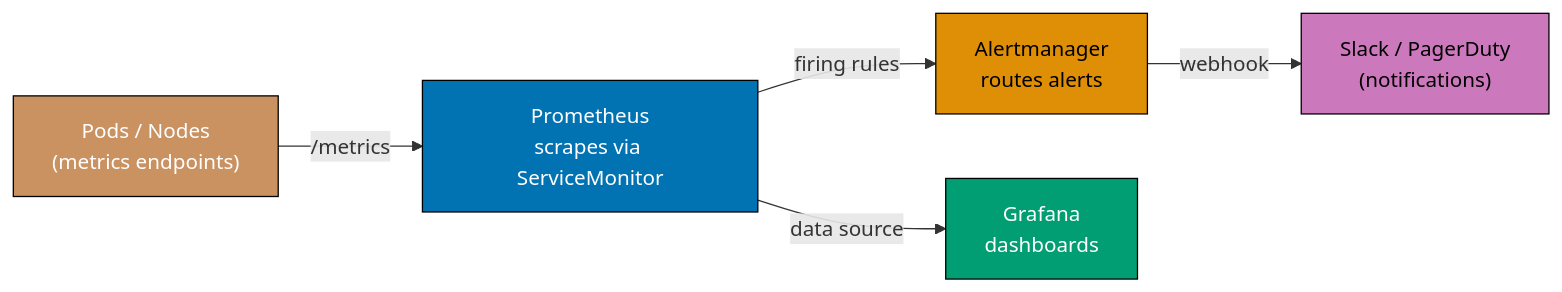
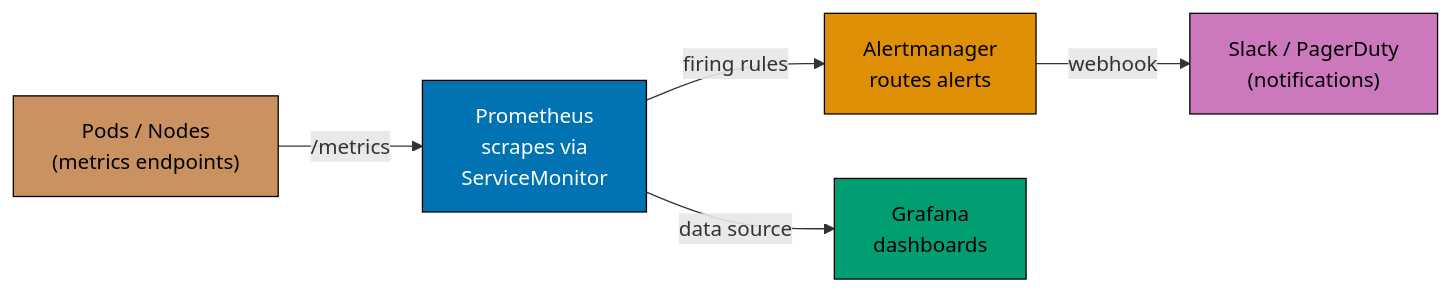
Before and after one commit to wahidyankf/ose-public: the fifth of 12 diagrams in apps/ayokoding-www/content/en/learn/legacy/software-engineering/infrastructure/tools/k3s/by-example/advanced.md, drawn with Mermaid. The commit also changed other lines of this file and 131 other files, not shown here.

First line of the commit message:
fix(mermaid): bring the legacy data, infrastructure, and testing diagrams onto the accessible palette

````diff
--- a/apps/ayokoding-www/content/en/learn/legacy/software-engineering/infrastructure/tools/k3s/by-example/advanced.md
+++ b/apps/ayokoding-www/content/en/learn/legacy/software-engineering/infrastructure/tools/k3s/by-example/advanced.md
@@ -995,20 +1024,28 @@
 ```mermaid
 %% Color Palette: Blue #0173B2, Orange #DE8F05, Teal #029E73, Purple #CC78BC, Brown #CA9161
 graph LR
+    accTitle: Example 69: Prometheus and Grafana Stack via Helm
+    accDescr: Graph with 5 nodes and 4 connections. Nodes: Pods / Nodes (metrics endpoints), Prometheus scrapes via ServiceMonitor, Alertmanager routes alerts, Grafana dashboards, Slack / PagerDuty (notifications). Connections: Pods / Nodes (metrics endpoints) to Prometheus scrapes via ServiceMonitor (/metrics), Prometheus scrapes via ServiceMonitor to Alertmanager routes alerts (firing rules), Prometheus scrapes via ServiceMonitor to Grafana dashboards (data source), Alertmanager routes alerts to Slack / PagerDuty (notifications) (webhook).
     PODS["Pods / Nodes<br/>(metrics endpoints)"]
-    PROM["Prometheus<br/>scrapes via ServiceMonitor"]
+    PROM["Prometheus<br/>scrapes via<br/>ServiceMonitor"]
     AM["Alertmanager<br/>routes alerts"]
     GRAF["Grafana<br/>dashboards"]
     SLACK["Slack / PagerDuty<br/>(notifications)"]
 
     PODS -->|"/metrics"| PROM
     PROM -->|"firing rules"| AM
     PROM -->|"data source"| GRAF
     AM -->|"webhook"| SLACK
 
-    style PODS fill:#CA9161,stroke:#000,color:#fff
-    style PROM fill:#0173B2,stroke:#000,color:#fff
-    style AM fill:#DE8F05,stroke:#000,color:#000
-    style GRAF fill:#029E73,stroke:#000,color:#fff
-    style SLACK fill:#CC78BC,stroke:#000,color:#000
+    classDef pal-CA9161 fill:#CA9161,stroke:#000000,color:#000000
+    class PODS pal-CA9161
+    classDef pal-0173B2 fill:#0173B2,stroke:#000000,color:#FFFFFF
+    class PROM pal-0173B2
+    classDef pal-DE8F05 fill:#DE8F05,stroke:#000000,color:#000000
+    class AM pal-DE8F05
+    classDef pal-029E73 fill:#029E73,stroke:#000000,color:#000000
+    class GRAF pal-029E73
+    classDef pal-CC78BC fill:#CC78BC,stroke:#000000,color:#000000
+    class SLACK pal-CC78BC
+    classDef default fill:#FFFFFF,stroke:#000000,color:#000000
 ```
````
